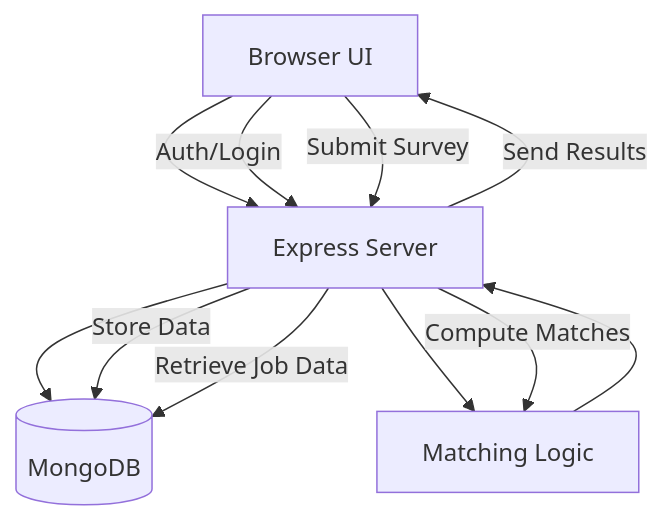
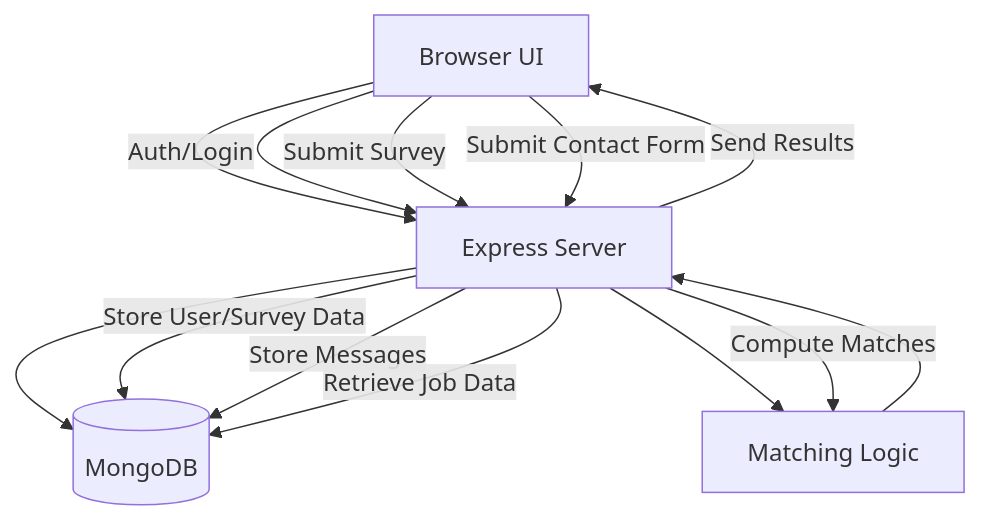
Before and after one commit to ll3864/APAN5490FinalProject: the first of 2 diagrams in README.md, drawn with Mermaid. The commit also changed other lines of this file and 13 other files, not shown here.

````diff
--- a/README.md
+++ b/README.md
@@ -65,14 +66,16 @@
 ```mermaid
 graph TD
     Client[Browser UI] --> API[Express Server]
     API --> DB[(MongoDB)]
     API --> MatchAlgo[Matching Logic]
     
     Client -- Auth/Login --> API
     Client -- Submit Survey --> API
-    API -- Store Data --> DB
+    Client -- Submit Contact Form --> API
+    API -- Store User/Survey Data --> DB
+    API -- Store Messages --> DB
     API -- Retrieve Job Data --> DB
     API -- Compute Matches --> MatchAlgo
     MatchAlgo --> API
     API -- Send Results --> Client
 ```
````
